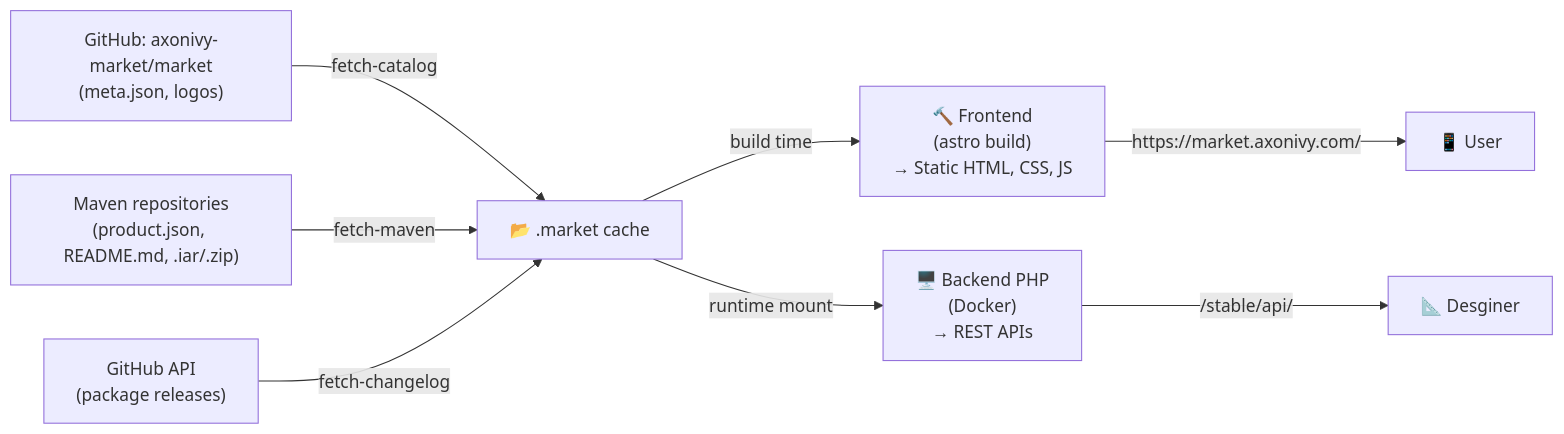
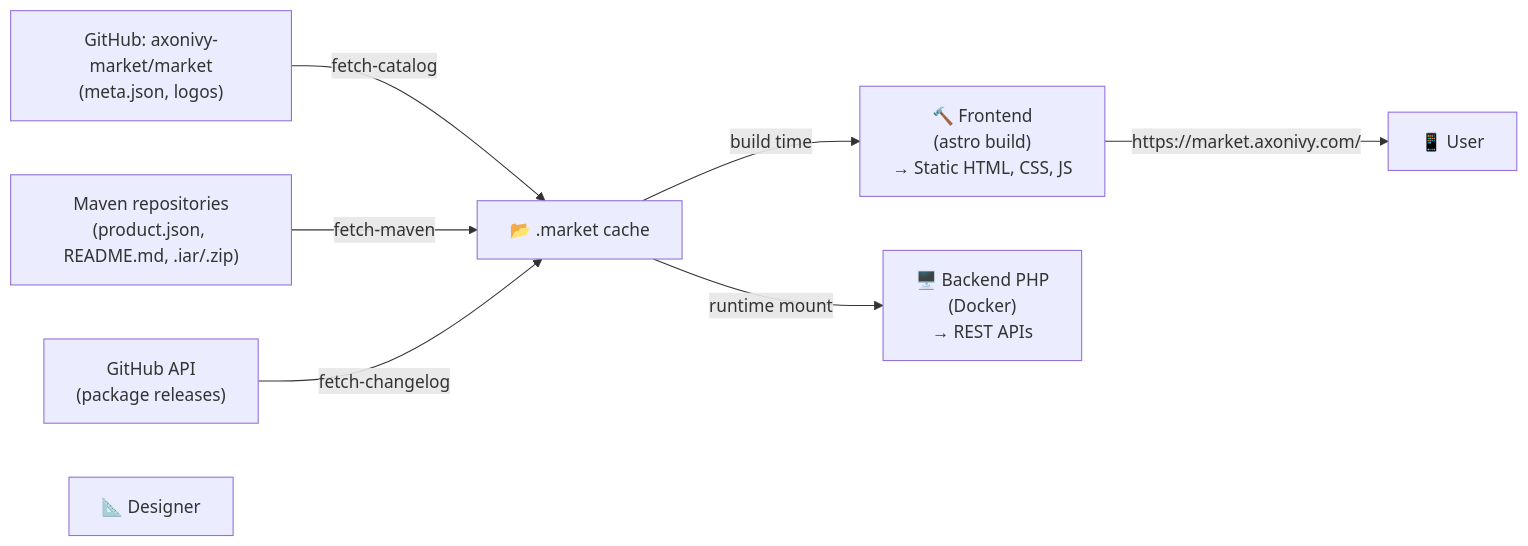
One commit to axonivy/market.axonivy.com changed the diagram in README.md. Above: the diagram before and after it, drawn with Mermaid.

Commit message:
Fix typo in designer label in README.md

````diff
--- a/README.md
+++ b/README.md
@@ -59,16 +59,16 @@
 ```mermaid
 flowchart LR
 	github["GitHub: axonivy-market/market<br/>(meta.json, logos)"]
 	maven["Maven repositories<br/>(product.json, README.md, .iar/.zip)"]
 	changelogs["GitHub API<br/>(package releases)"]
 	
 	github -->|fetch-catalog| cache["📂 .market cache"]
 	maven -->|fetch-maven| cache
 	changelogs -->|fetch-changelog| cache
 	
 	cache -->|build time| frontend["🔨 Frontend<br/>(astro build)<br/>→ Static HTML, CSS, JS"]
 	cache -->|runtime mount| backend["🖥️ Backend PHP<br/>(Docker)<br/>→ REST APIs"]
 	
 	frontend -->|https://market.axonivy.com/| user["📱 User"]
-	backend -->|/stable/api/| designer["📐️ Desginer"]
+	designer["📐️ Designer"]
 ```
````
